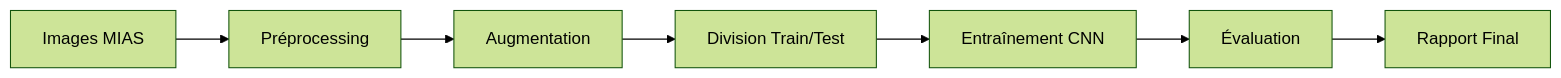
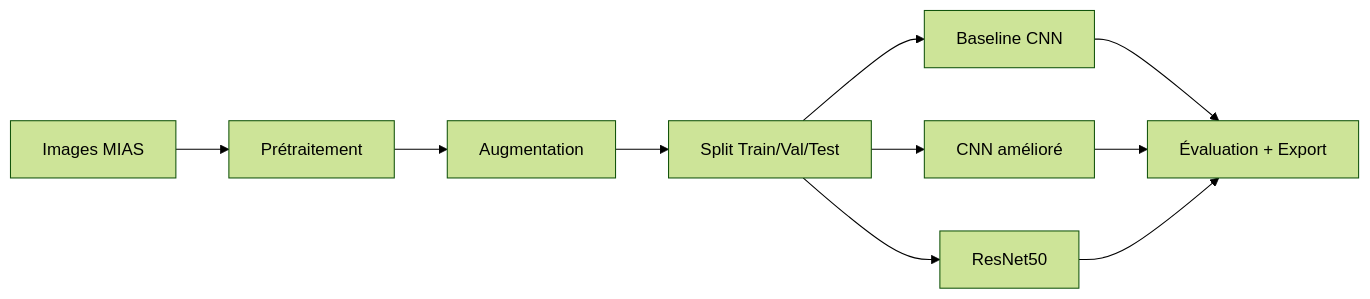
The diagram in README.md (elsanto131/breast_cancer_ML), drawn with Mermaid (forest theme) before and after one commit. The commit also changed other lines of this file, not shown here.

````diff
--- a/README.md
+++ b/README.md
@@ -67,9 +41,12 @@
 ```mermaid
 flowchart LR
-    A[Images MIAS] --> B[Préprocessing]
+    A[Images MIAS] --> B[Prétraitement]
     B --> C[Augmentation]
-    C --> D[Division Train/Test]
-    D --> E[Entraînement CNN]
-    E --> F[Évaluation]
-    F --> G[Rapport Final]
+    C --> D[Split Train/Val/Test]
+    D --> E1[Baseline CNN]
+    D --> E2[CNN amélioré]
+    D --> E3[ResNet50]
+    E1 --> F[Évaluation + Export]
+    E2 --> F
+    E3 --> F
 ```
````
